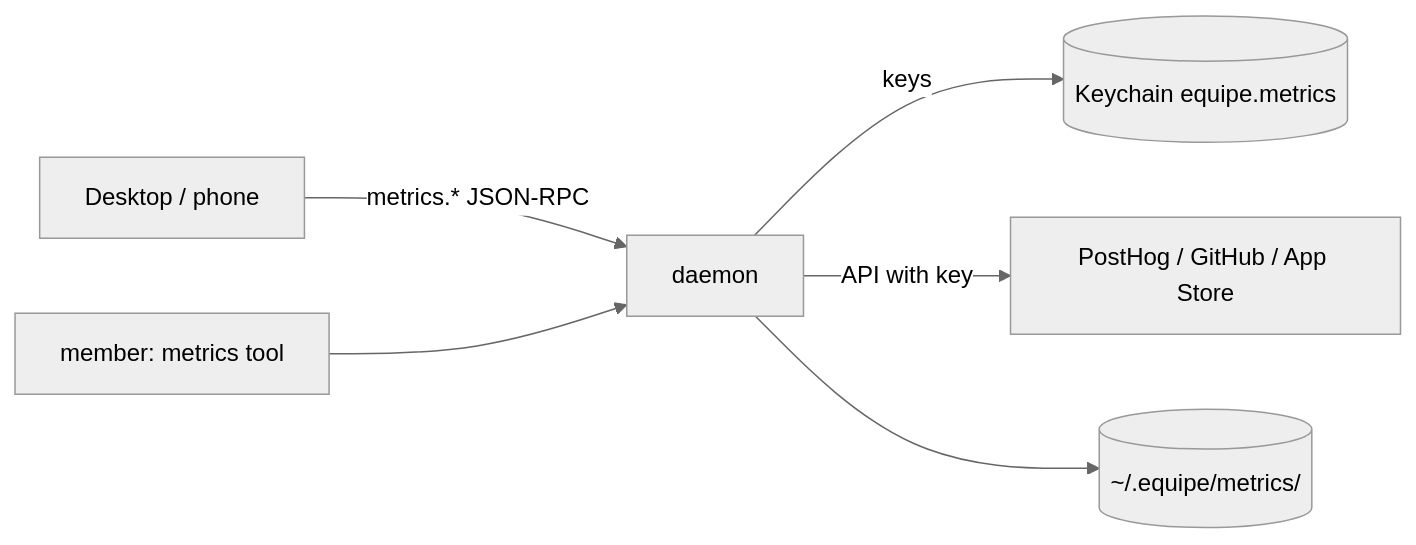
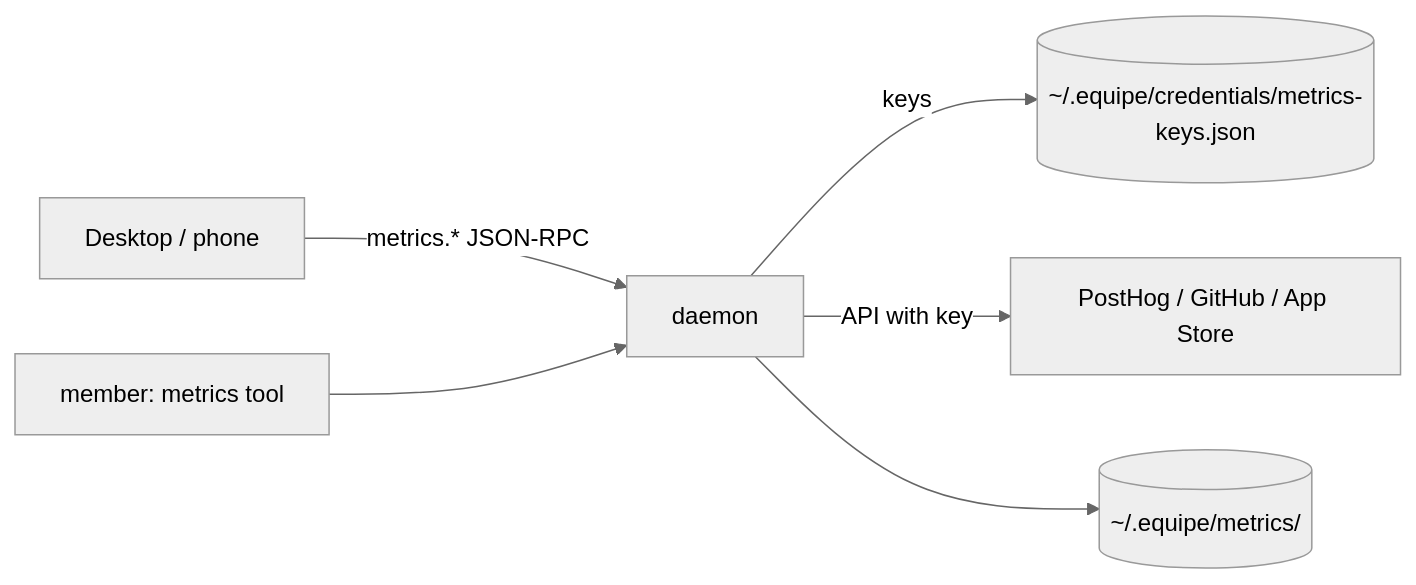
Before and after one commit to equipe-labs/equipe: the diagram in docs/METRICS.md, drawn with Mermaid (neutral theme). The commit also changed other lines of this file and 5 other files, not shown here.

First line of the commit message:
T-356 metrics keys: a private file instead of the Keychain, which an ad-hoc daemon can't read back after a new build

````diff
--- a/docs/METRICS.md
+++ b/docs/METRICS.md
@@ -17,8 +17,8 @@
 ```mermaid
 flowchart LR
   S[Desktop / phone] -- metrics.* JSON-RPC --> D[daemon]
   M[member: metrics tool] --> D
-  D -- keys --> K[(Keychain equipe.metrics)]
+  D -- keys --> K[(~/.equipe/credentials/metrics-keys.json)]
   D -- API with key --> P[PostHog / GitHub / App Store]
   D --> F[(~/.equipe/metrics/)]
 ```
````
